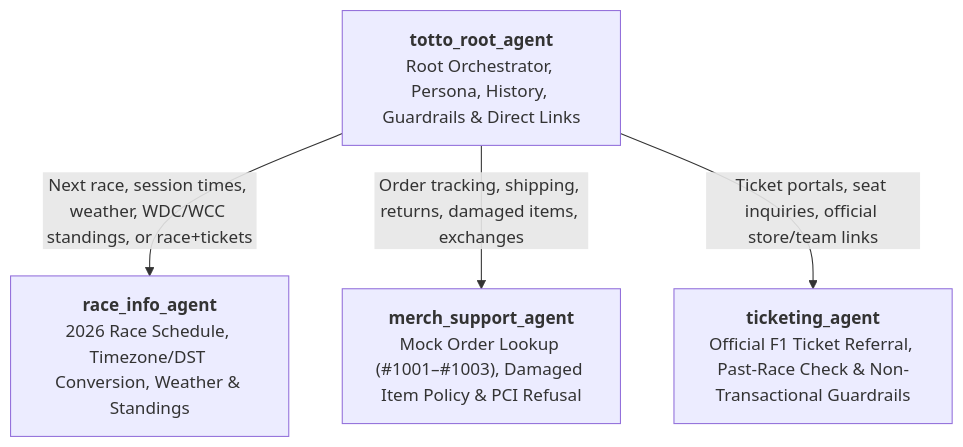
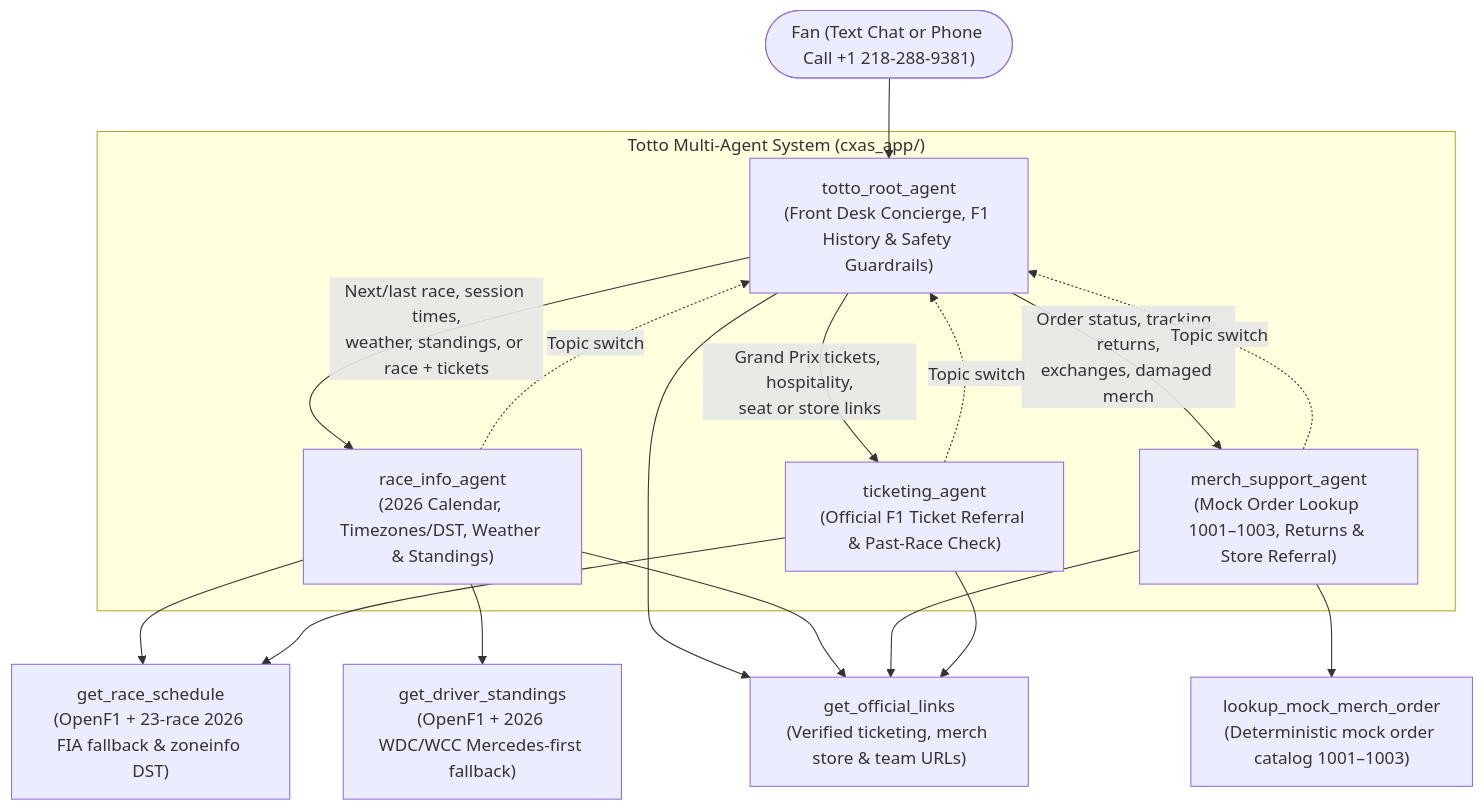
Before and after one commit to snehsm007/totto-agent: the diagram in docs/architecture.md, drawn with Mermaid. The commit also changed other lines of this file and 54 other files, not shown here.

````diff
--- a/docs/architecture.md
+++ b/docs/architecture.md
@@ -7,11 +27,28 @@
 ```mermaid
-graph TD
-    Root["<b>totto_root_agent</b><br/>Root Orchestrator, Persona, History, Guardrails &amp; Direct Links"]
-    Race["<b>race_info_agent</b><br/>2026 Race Schedule, Timezone/DST Conversion, Weather &amp; Standings"]
-    Merch["<b>merch_support_agent</b><br/>Mock Order Lookup (#1001–#1003), Damaged Item Policy &amp; PCI Refusal"]
-    Ticket["<b>ticketing_agent</b><br/>Official F1 Ticket Referral, Past-Race Check &amp; Non-Transactional Guardrails"]
+flowchart TD
+    User(["Fan (Text Chat or Phone Call +1 218-288-9381)"]) --> Root
 
-    Root -->|"Next race, session times, weather, WDC/WCC standings, or race+tickets"| Race
-    Root -->|"Order tracking, shipping, returns, damaged items, exchanges"| Merch
-    Root -->|"Ticket portals, seat inquiries, official store/team links"| Ticket
+    subgraph CXAS["Totto Multi-Agent System (cxas_app/)"]
+        Root["totto_root_agent<br/>(Front Desk Concierge, F1 History & Safety Guardrails)"]
+        Race["race_info_agent<br/>(2026 Calendar, Timezones/DST, Weather & Standings)"]
+        Merch["merch_support_agent<br/>(Mock Order Lookup 1001–1003, Returns & Store Referral)"]
+        Ticket["ticketing_agent<br/>(Official F1 Ticket Referral & Past-Race Check)"]
+
+        Root -->|"Next/last race, session times,<br/>weather, standings, or race + tickets"| Race
+        Root -->|"Order status, tracking, returns,<br/>exchanges, damaged merch"| Merch
+        Root -->|"Grand Prix tickets, hospitality,<br/>seat or store links"| Ticket
+
+        Race -.->|"Topic switch"| Root
+        Merch -.->|"Topic switch"| Root
+        Ticket -.->|"Topic switch"| Root
+    end
+
+    Race --> ToolSched["get_race_schedule<br/>(OpenF1 + 23-race 2026 FIA fallback & zoneinfo DST)"]
+    Race --> ToolStand["get_driver_standings<br/>(OpenF1 + 2026 WDC/WCC Mercedes-first fallback)"]
+    Merch --> ToolMerch["lookup_mock_merch_order<br/>(Deterministic mock order catalog 1001–1003)"]
+    Root --> ToolLinks["get_official_links<br/>(Verified ticketing, merch store & team URLs)"]
+    Race --> ToolLinks
+    Merch --> ToolLinks
+    Ticket --> ToolLinks
+    Ticket --> ToolSched
 ```
````
